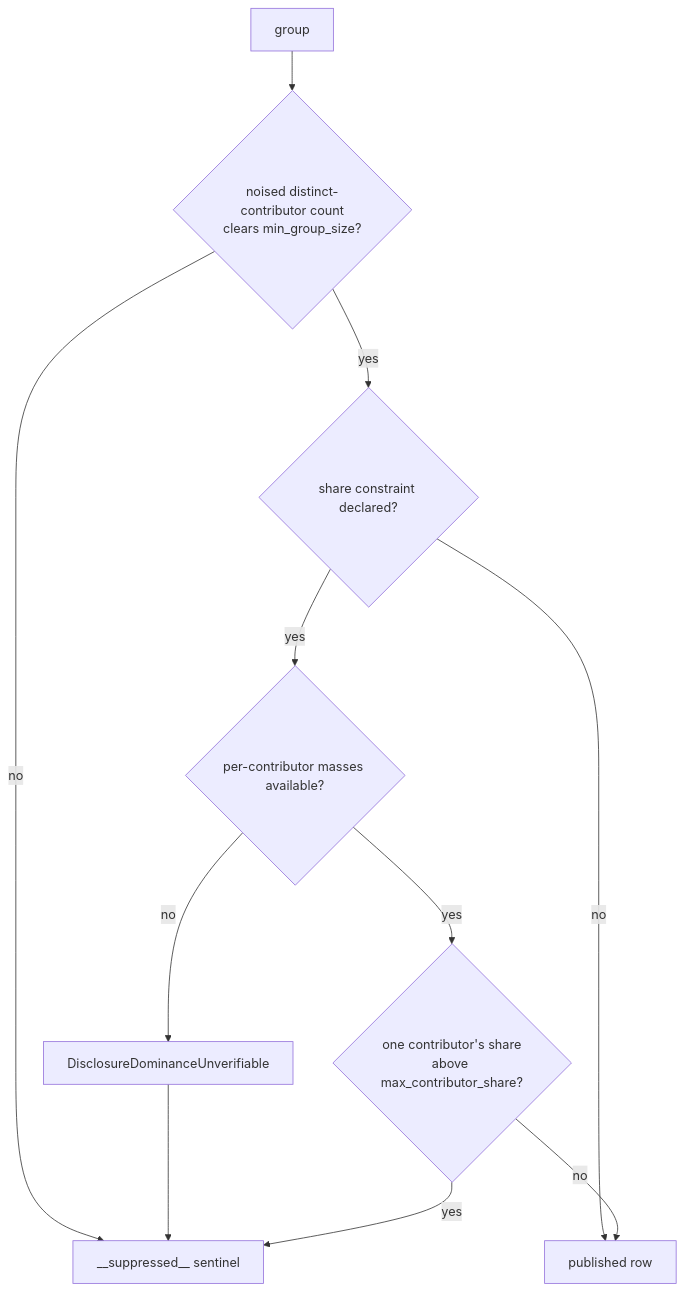
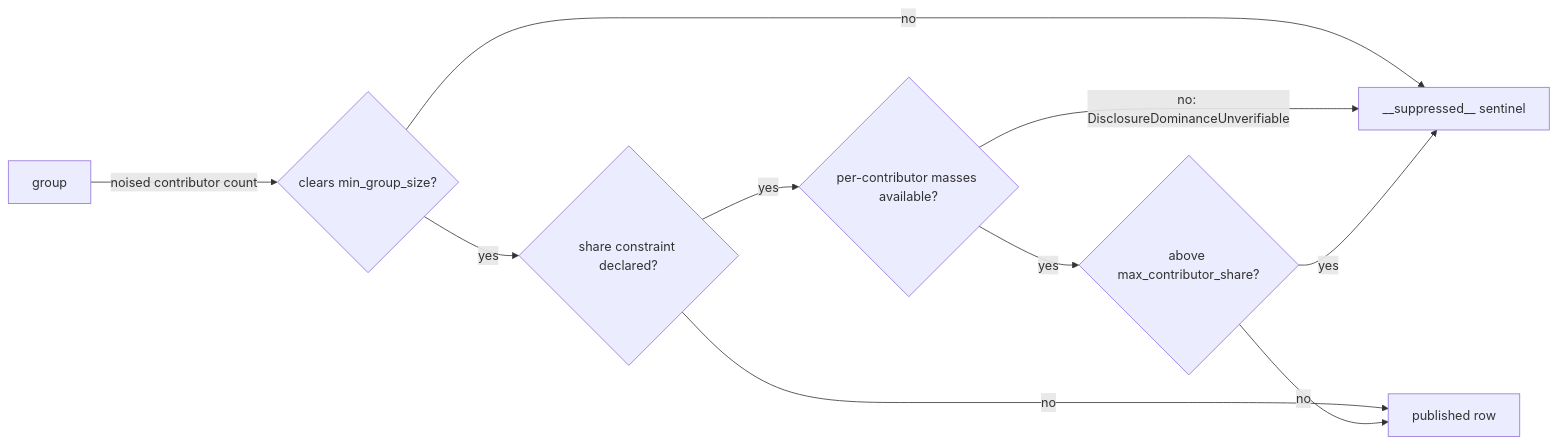
The second of 2 diagrams in spec/61-disclosure.md (fractalboxdev/contextful), drawn with Mermaid before and after one commit. The commit also changed other lines of this file and 44 other files, not shown here.

First line of the commit message:
spec: diagrams draw entities and flows, and the checker enforces it (#12)

````diff
--- a/spec/61-disclosure.md
+++ b/spec/61-disclosure.md
@@ -96,13 +89,12 @@
 ```mermaid
-flowchart TD
-  G["group"] --> SZ{"noised distinct-contributor count<br/>clears min_group_size?"}
-  SZ -- no --> S["__suppressed__ sentinel"]
-  SZ -- yes --> SH{"share constraint declared?"}
-  SH -- no --> P["published row"]
-  SH -- yes --> AV{"per-contributor masses available?"}
-  AV -- no --> DU["DisclosureDominanceUnverifiable"]
-  DU --> S
-  AV -- yes --> DOM{"one contributor's share<br/>above max_contributor_share?"}
-  DOM -- yes --> S
-  DOM -- no --> P
+flowchart LR
+  G["group"] -->|"noised contributor count"| SZ{"clears min_group_size?"}
+  SZ -->|"no"| S["__suppressed__ sentinel"]
+  SZ -->|"yes"| SH{"share constraint declared?"}
+  SH -->|"no"| P["published row"]
+  SH -->|"yes"| AV{"per-contributor masses available?"}
+  AV -->|"no: DisclosureDominanceUnverifiable"| S
+  AV -->|"yes"| DOM{"above max_contributor_share?"}
+  DOM -->|"yes"| S
+  DOM -->|"no"| P
 ```
````
